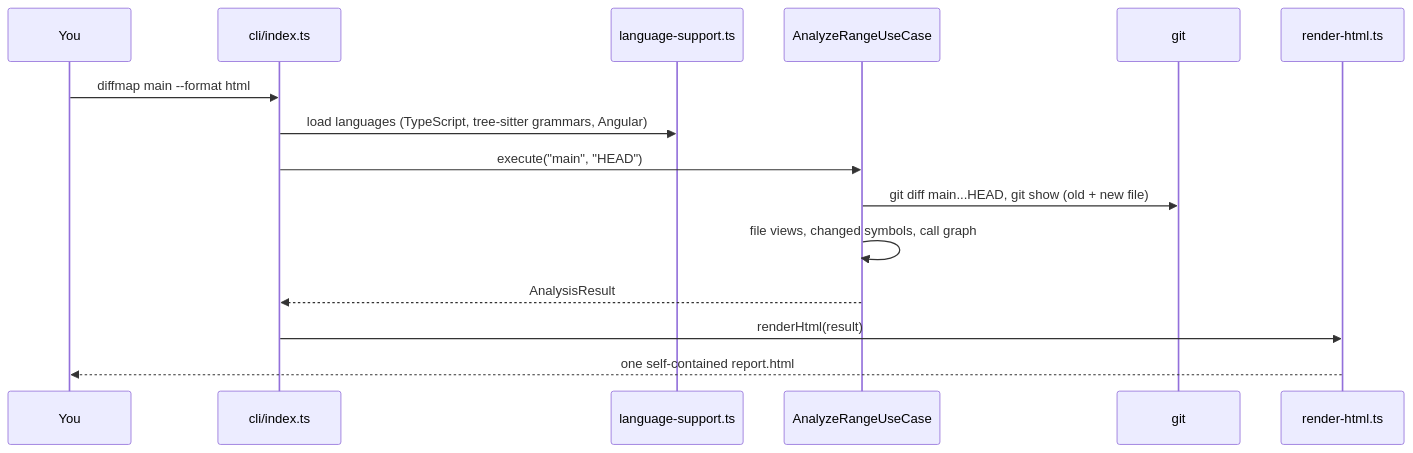
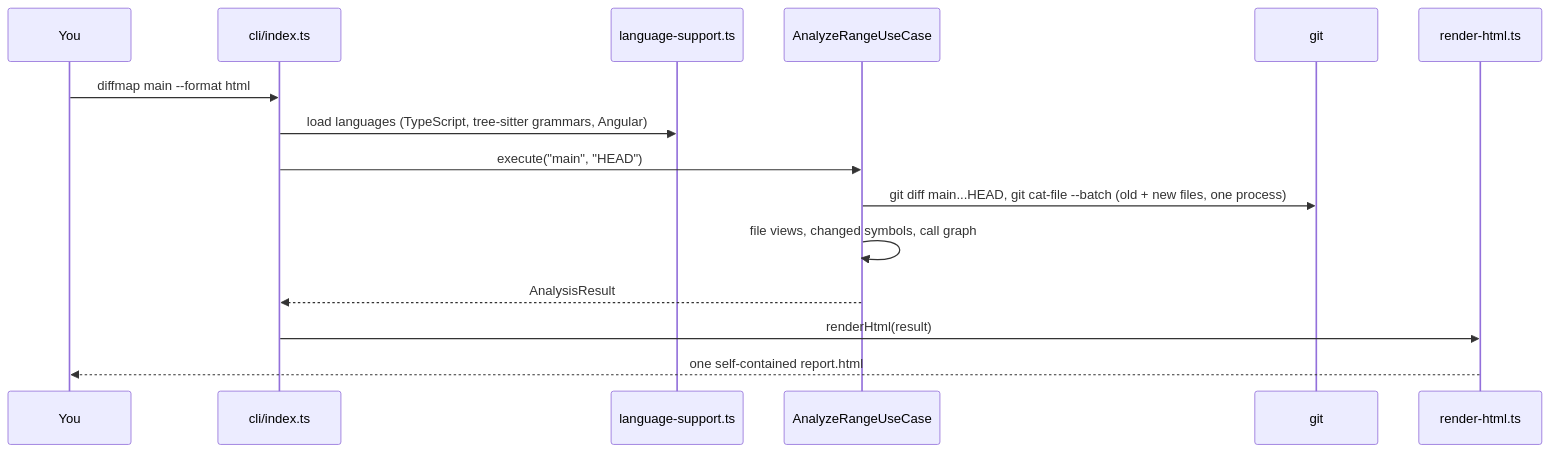
One commit to cyberfixer/diffmap changed the third of 7 diagrams in ARCHITECTURE.md. Above: the diagram before and after it, drawn with Mermaid. The commit also changed 4 other files, not shown here.

First line of the commit message:
perf(analysis): read files with one git process instead of one per file

````diff
--- a/ARCHITECTURE.md
+++ b/ARCHITECTURE.md
@@ -85,17 +85,17 @@
 ```mermaid
 sequenceDiagram
   participant U as You
   participant CLI as cli/index.ts
   participant L as language-support.ts
   participant UC as AnalyzeRangeUseCase
   participant G as git
   participant R as render-html.ts
   U->>CLI: diffmap main --format html
   CLI->>L: load languages (TypeScript, tree-sitter grammars, Angular)
   CLI->>UC: execute("main", "HEAD")
-  UC->>G: git diff main...HEAD, git show (old + new file)
+  UC->>G: git diff main...HEAD, git cat-file --batch (old + new files, one process)
   UC->>UC: file views, changed symbols, call graph
   UC-->>CLI: AnalysisResult
   CLI->>R: renderHtml(result)
   R-->>U: one self-contained report.html
 ```
````
